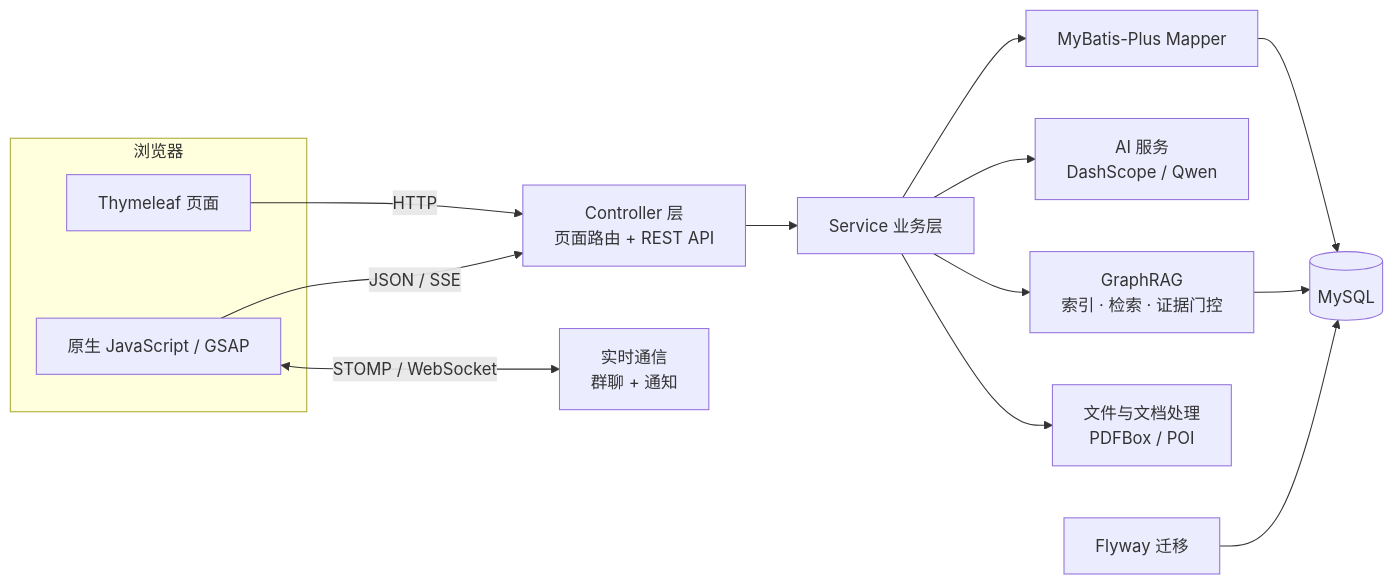
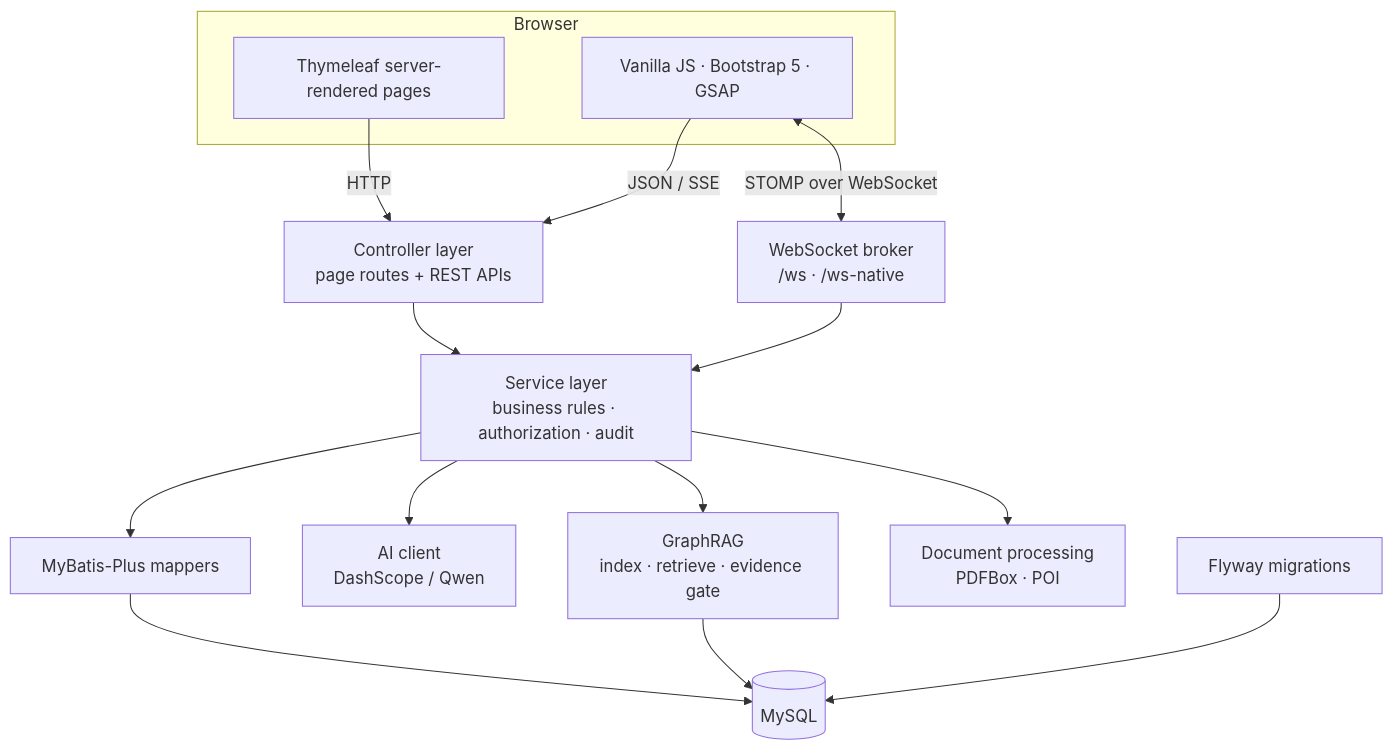
The first of 2 diagrams in README.md (Su-yu-s/ilink), drawn with Mermaid before and after one commit. The commit also changed other lines of this file and 3 other files, not shown here.

First line of the commit message:
docs: 重构中英双语 README 并重制演示动图

````diff
--- a/README.md
+++ b/README.md
@@ -99,21 +103,23 @@
 ```mermaid
-flowchart LR
-  subgraph Browser["浏览器"]
-    T["Thymeleaf 页面"]
-    J["原生 JavaScript / GSAP"]
+flowchart TB
+  subgraph Browser["Browser"]
+    P["Thymeleaf server-rendered pages"]
+    J["Vanilla JS · Bootstrap 5 · GSAP"]
   end
 
-  T -->|HTTP| C["Controller 层<br/>页面路由 + REST API"]
+  P -->|HTTP| C["Controller layer<br/>page routes + REST APIs"]
   J -->|JSON / SSE| C
-  J <-->|STOMP / WebSocket| W["实时通信<br/>群聊 + 通知"]
+  J <-->|STOMP over WebSocket| W["WebSocket broker<br/>/ws · /ws-native"]
 
-  C --> S["Service 业务层"]
-  S --> M["MyBatis-Plus Mapper"]
-  S --> AI["AI 服务<br/>DashScope / Qwen"]
-  S --> KG["GraphRAG<br/>索引 · 检索 · 证据门控"]
-  S --> FS["文件与文档处理<br/>PDFBox / POI"]
+  C --> S["Service layer<br/>business rules · authorization · audit"]
+  W --> S
+
+  S --> M["MyBatis-Plus mappers"]
+  S --> AI["AI client<br/>DashScope / Qwen"]
+  S --> KG["GraphRAG<br/>index · retrieve · evidence gate"]
+  S --> DOC["Document processing<br/>PDFBox · POI"]
 
   M --> DB[(MySQL)]
   KG --> DB
-  F["Flyway 迁移"] --> DB
+  F["Flyway migrations"] --> DB
 ```
````
